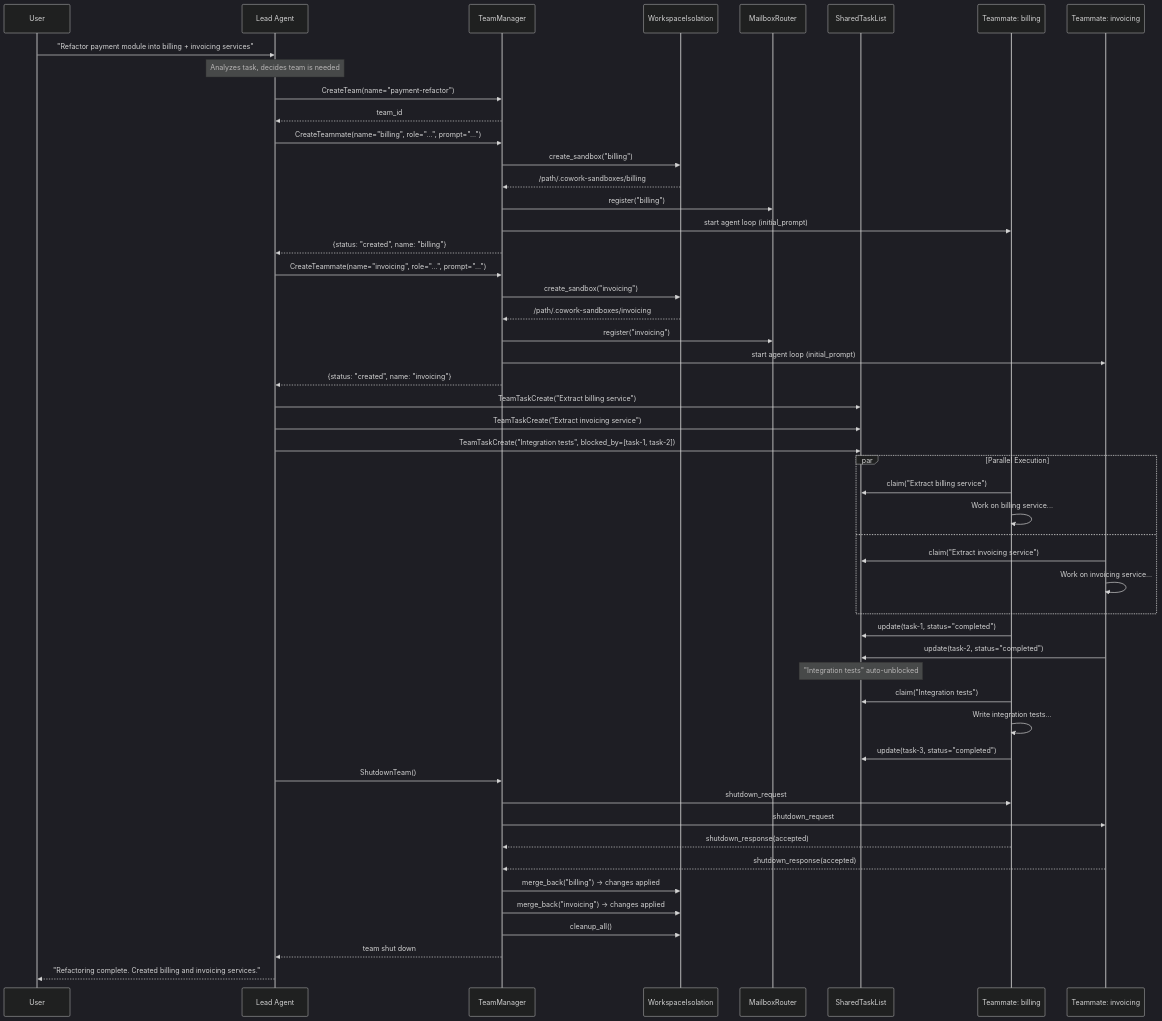
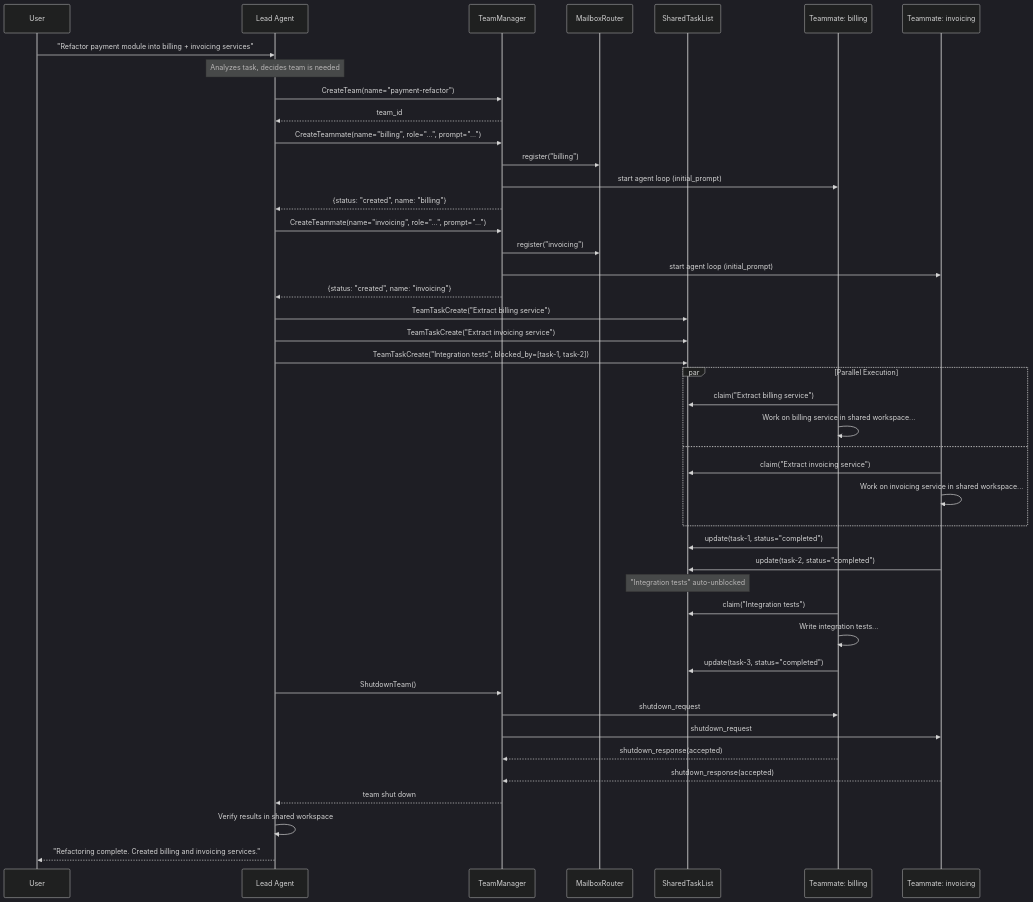
Before and after one commit to suman724/cowork-infra: the fourth of 9 diagrams in docs/components/agent-teams.md, drawn with Mermaid (dark theme). The commit also changed other lines of this file, not shown here.

First line of the commit message:
docs(agent-teams): simplify to shared workspace, remove isolation strategies

````diff
--- a/docs/components/agent-teams.md
+++ b/docs/components/agent-teams.md
@@ -647,63 +486,56 @@
 ```mermaid
 sequenceDiagram
     participant User
     participant Lead as Lead Agent
     participant TM as TeamManager
-    participant WI as WorkspaceIsolation
     participant MB as MailboxRouter
     participant TL as SharedTaskList
     participant T1 as Teammate: billing
     participant T2 as Teammate: invoicing
 
     User->>Lead: "Refactor payment module into billing + invoicing services"
     Note over Lead: Analyzes task, decides team is needed
 
     Lead->>TM: CreateTeam(name="payment-refactor")
     TM-->>Lead: team_id
 
     Lead->>TM: CreateTeammate(name="billing", role="...", prompt="...")
-    TM->>WI: create_sandbox("billing")
-    WI-->>TM: /path/.cowork-sandboxes/billing
     TM->>MB: register("billing")
     TM->>T1: start agent loop (initial_prompt)
     TM-->>Lead: {status: "created", name: "billing"}
 
     Lead->>TM: CreateTeammate(name="invoicing", role="...", prompt="...")
-    TM->>WI: create_sandbox("invoicing")
-    WI-->>TM: /path/.cowork-sandboxes/invoicing
     TM->>MB: register("invoicing")
     TM->>T2: start agent loop (initial_prompt)
     TM-->>Lead: {status: "created", name: "invoicing"}
 
     Lead->>TL: TeamTaskCreate("Extract billing service")
     Lead->>TL: TeamTaskCreate("Extract invoicing service")
     Lead->>TL: TeamTaskCreate("Integration tests", blocked_by=[task-1, task-2])
 
     par Parallel Execution
         T1->>TL: claim("Extract billing service")
-        T1->>T1: Work on billing service...
+        T1->>T1: Work on billing service in shared workspace...
     and
         T2->>TL: claim("Extract invoicing service")
-        T2->>T2: Work on invoicing service...
+        T2->>T2: Work on invoicing service in shared workspace...
     end
 
     T1->>TL: update(task-1, status="completed")
     T2->>TL: update(task-2, status="completed")
     Note over TL: "Integration tests" auto-unblocked
 
     T1->>TL: claim("Integration tests")
     T1->>T1: Write integration tests...
     T1->>TL: update(task-3, status="completed")
 
     Lead->>TM: ShutdownTeam()
     TM->>T1: shutdown_request
     TM->>T2: shutdown_request
     T1-->>TM: shutdown_response(accepted)
     T2-->>TM: shutdown_response(accepted)
-    TM->>WI: merge_back("billing") → changes applied
-    TM->>WI: merge_back("invoicing") → changes applied
-    TM->>WI: cleanup_all()
     TM-->>Lead: team shut down
 
+    Lead->>Lead: Verify results in shared workspace
     Lead-->>User: "Refactoring complete. Created billing and invoicing services."
 ```
````
